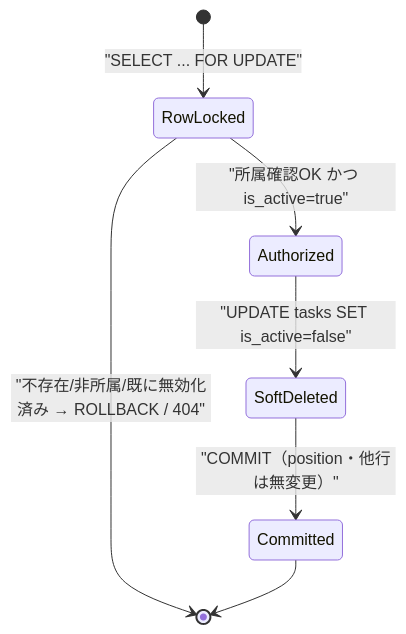
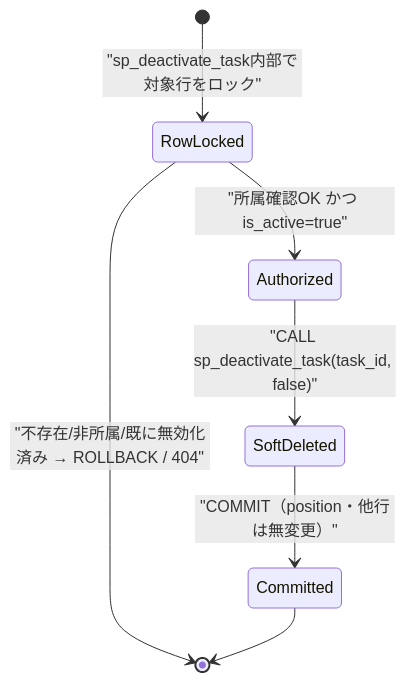
Before and after one commit to oikawa-d/task_management: the fourth of 4 diagrams in detailed_design/api/tasks/05_delete_task.md, drawn with Mermaid. The commit also changed other lines of this file and 58 other files, not shown here.

````diff
--- a/detailed_design/api/tasks/05_delete_task.md
+++ b/detailed_design/api/tasks/05_delete_task.md
@@ -164,9 +164,9 @@
 ```mermaid
 stateDiagram-v2
-    [*] --> RowLocked: "SELECT ... FOR UPDATE"
+    [*] --> RowLocked: "sp_deactivate_task内部で対象行をロック"
     RowLocked --> Authorized: "所属確認OK かつ is_active=true"
     RowLocked --> [*]: "不存在/非所属/既に無効化済み → ROLLBACK / 404"
-    Authorized --> SoftDeleted: "UPDATE tasks SET is_active=false"
+    Authorized --> SoftDeleted: "CALL sp_deactivate_task(task_id, false)"
     SoftDeleted --> Committed: "COMMIT（position・他行は無変更）"
     Committed --> [*]
 ```
````
